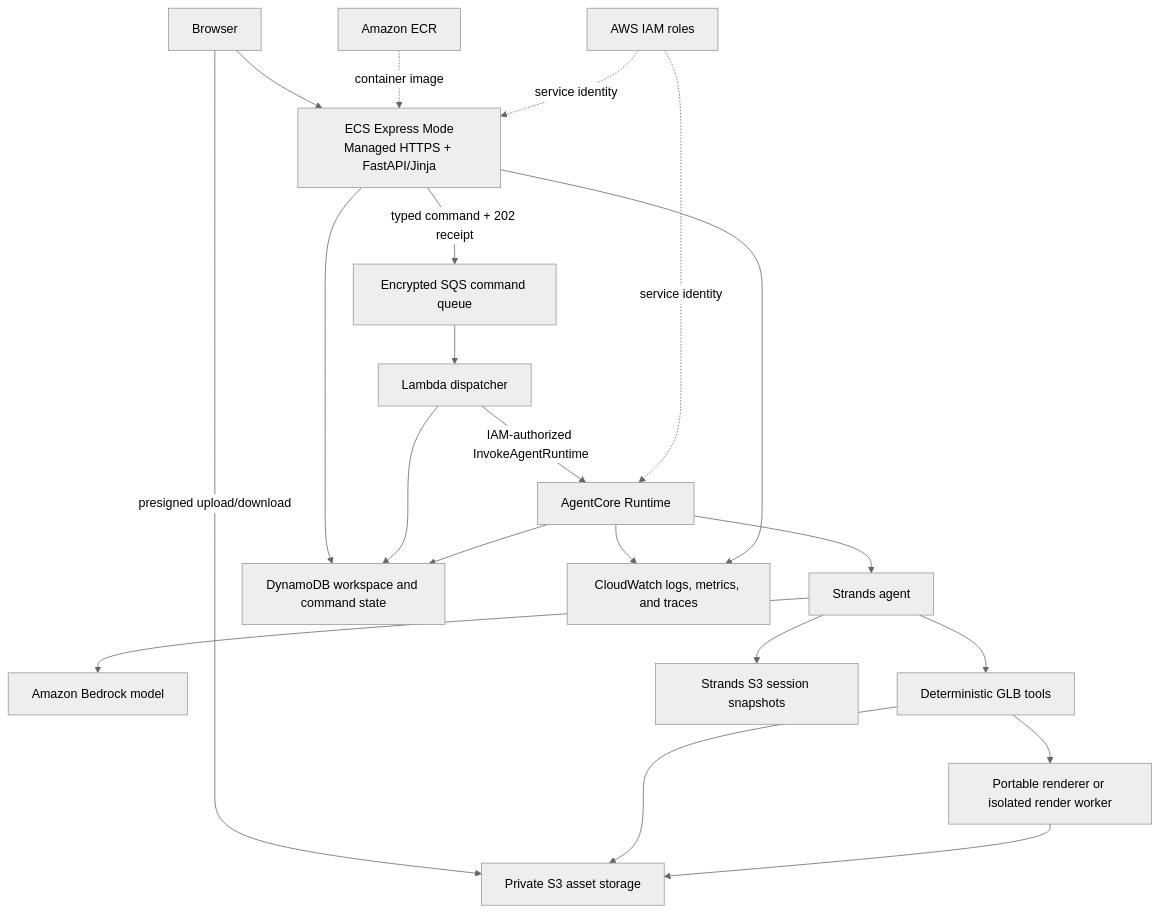
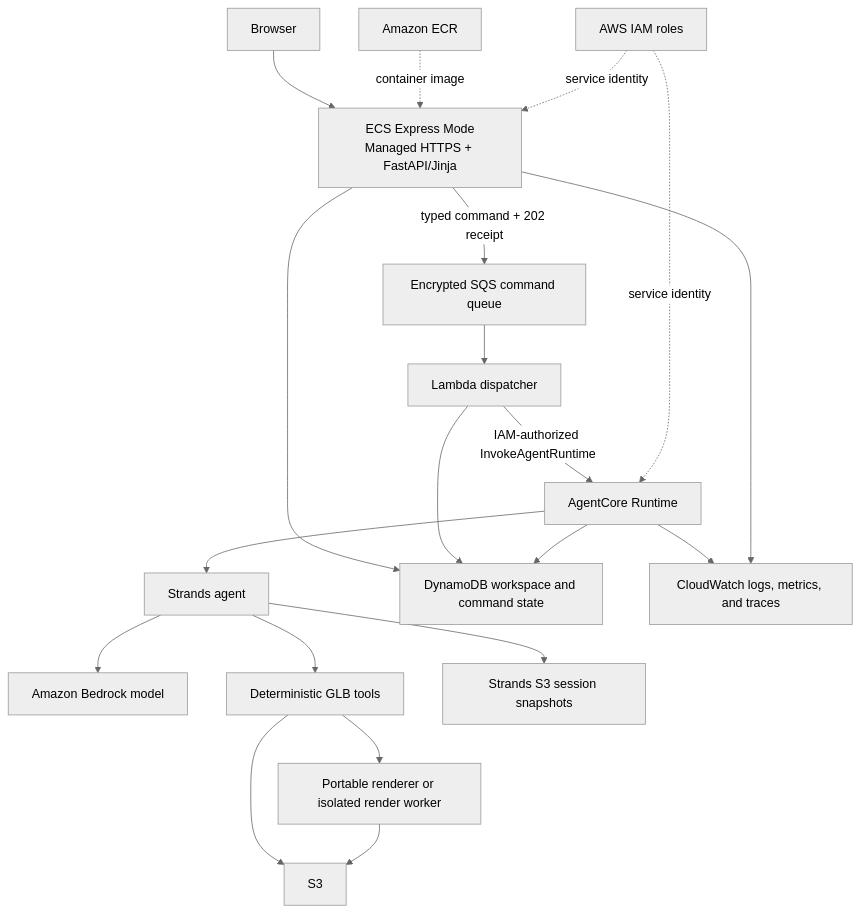
Before and after one commit to jcgennaro/asset-shepherd: the second of 2 diagrams in docs/BEDROCK_DEPLOYMENT_RUNBOOK.md, drawn with Mermaid (neutral theme). The commit also changed other lines of this file and 5 other files, not shown here.

````diff
--- a/docs/BEDROCK_DEPLOYMENT_RUNBOOK.md
+++ b/docs/BEDROCK_DEPLOYMENT_RUNBOOK.md
@@ -184,23 +186,22 @@
 ```mermaid
 flowchart TD
     B[Browser] --> W[ECS Express Mode<br/>Managed HTTPS + FastAPI/Jinja]
-    B -->|presigned upload/download| S3[Private S3 asset storage]
     W -->|typed command + 202 receipt| Q[Encrypted SQS command queue]
     Q --> L[Lambda dispatcher]
     L -->|IAM-authorized InvokeAgentRuntime| A[AgentCore Runtime]
     A --> ST[Strands agent]
     ST --> BR[Amazon Bedrock model]
     ST --> T[Deterministic GLB tools]
     T --> S3
     ST --> SS[Strands S3 session snapshots]
     W --> D[DynamoDB workspace and command state]
     L --> D
     A --> D
     A --> CW[CloudWatch logs, metrics, and traces]
     W --> CW
     T --> R[Portable renderer or isolated render worker]
     R --> S3
     ECR[Amazon ECR] -. container image .-> W
     IAM[AWS IAM roles] -. service identity .-> W
     IAM -. service identity .-> A
 ```
````
